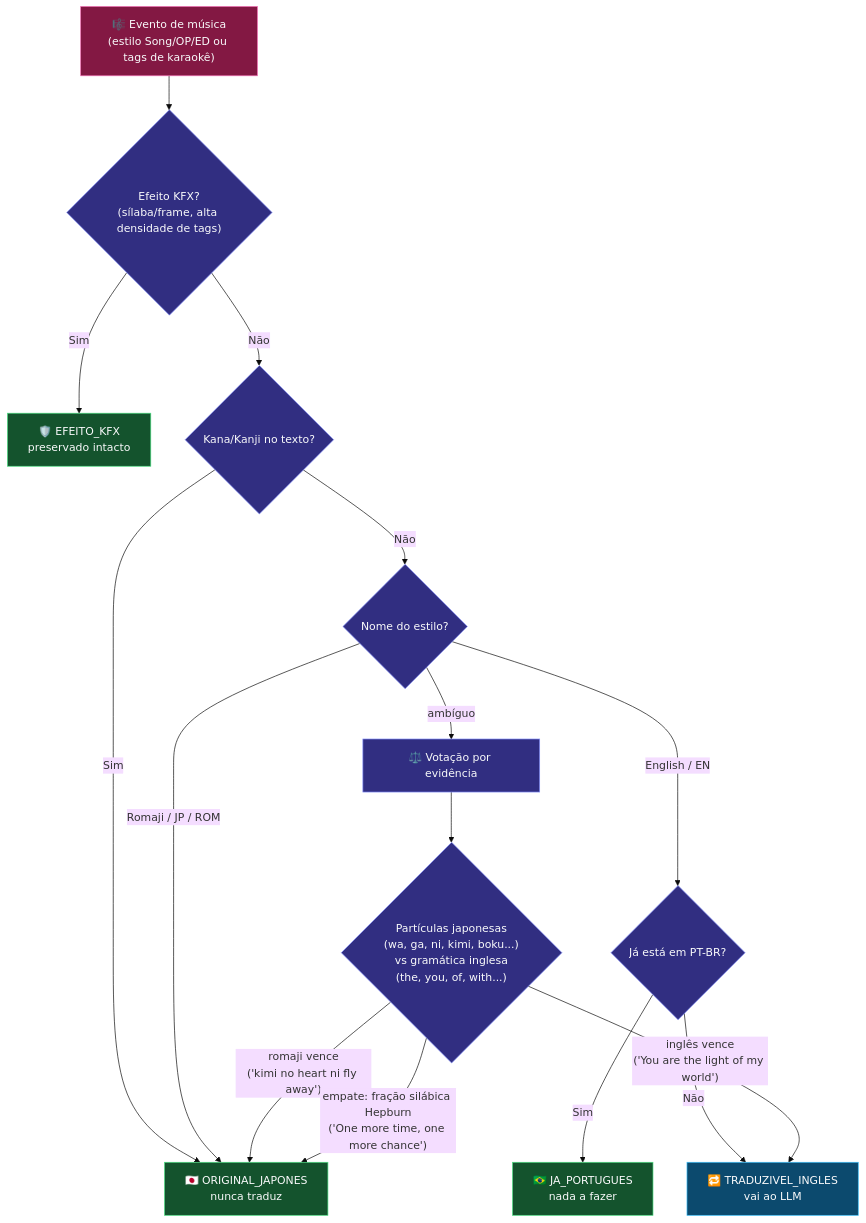
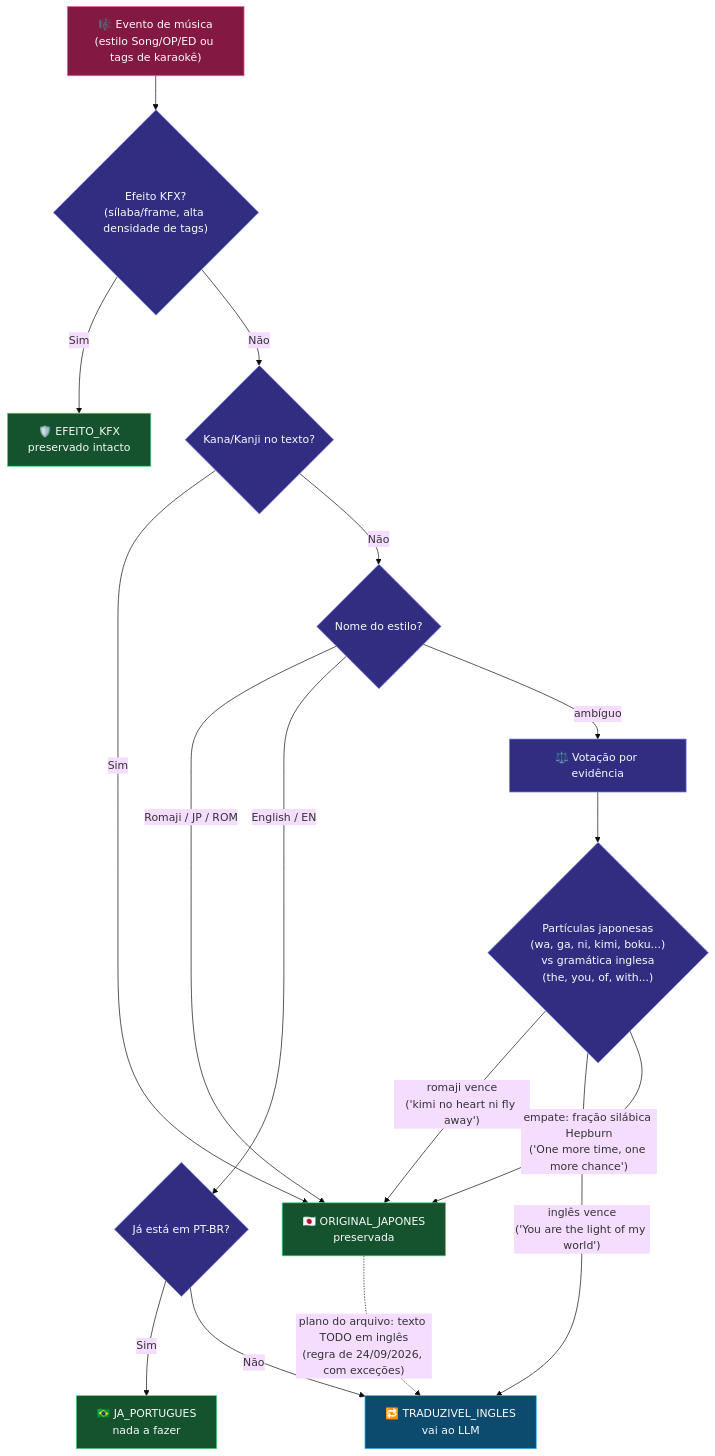
Before and after one commit to carmipa/kronos: the first of 2 diagrams in docs/etapa-4.1-traducao-karaoke.md, drawn with Mermaid (base theme). The commit also changed other lines of this file and 37 other files, not shown here.

````diff
--- a/docs/etapa-4.1-traducao-karaoke.md
+++ b/docs/etapa-4.1-traducao-karaoke.md
@@ -37,26 +37,27 @@
 ```mermaid
 flowchart TB
     A["🎼 Evento de música<br/>(estilo Song/OP/ED ou tags de karaokê)"] --> B{"Efeito KFX?<br/>(sílaba/frame, alta densidade de tags)"}
     B -->|Sim| KFX["🛡️ EFEITO_KFX<br/>preservado intacto"]
     B -->|Não| C{"Kana/Kanji no texto?"}
-    C -->|Sim| JP["🇯🇵 ORIGINAL_JAPONES<br/>nunca traduz"]
+    C -->|Sim| JP["🇯🇵 ORIGINAL_JAPONES<br/>preservada"]
     C -->|Não| D{"Nome do estilo?"}
     D -->|"Romaji / JP / ROM"| JP
     D -->|"English / EN"| E{"Já está em PT-BR?"}
     D -->|ambíguo| F["⚖️ Votação por evidência"]
     E -->|Sim| PT["🇧🇷 JA_PORTUGUES<br/>nada a fazer"]
     E -->|Não| EN["🔁 TRADUZIVEL_INGLES<br/>vai ao LLM"]
     F --> G{"Partículas japonesas<br/>(wa, ga, ni, kimi, boku...)<br/>vs gramática inglesa<br/>(the, you, of, with...)"}
     G -->|"romaji vence<br/>('kimi no heart ni fly away')"| JP
     G -->|"inglês vence<br/>('You are the light of my world')"| EN
     G -->|"empate: fração silábica Hepburn<br/>('One more time, one more chance')"| JP
+    JP -.->|"plano do arquivo: texto TODO em inglês<br/>(regra de 24/09/2026, com exceções)"| EN
 
     classDef entrada fill:#831843,stroke:#F472B6,color:#F9FAFB
     classDef decisao fill:#312e81,stroke:#818CF8,color:#F9FAFB
     classDef preserva fill:#14532d,stroke:#4ADE80,color:#F9FAFB
     classDef traduz fill:#0c4a6e,stroke:#38BDF8,color:#F9FAFB
     class A entrada
     class B,C,D,E,F,G decisao
     class KFX,JP,PT preserva
     class EN traduz
 ```
````
